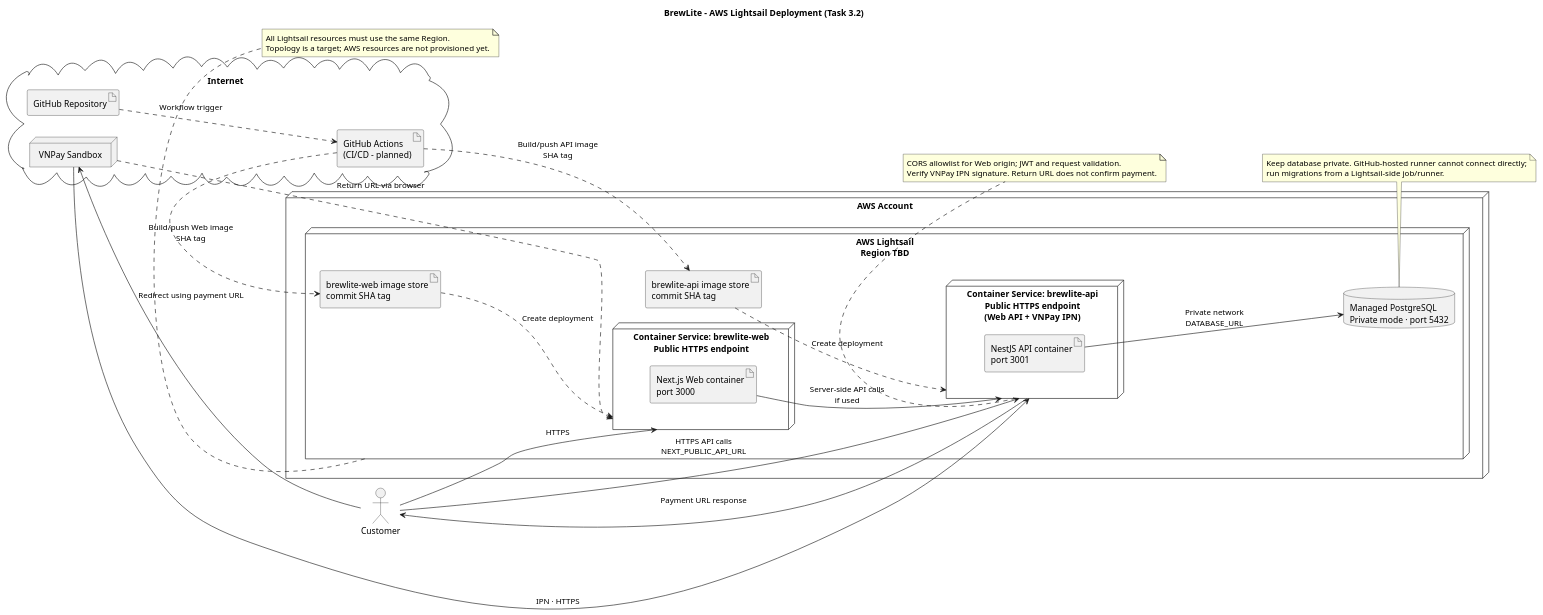
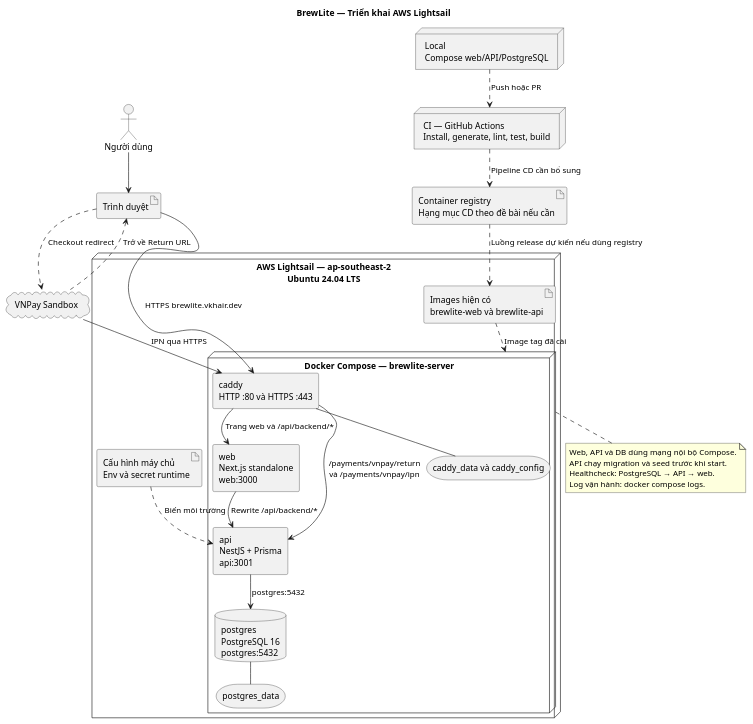
One commit to VKhair/brewlite changed the diagram in docs/diagrams/deploymentDiagram.puml. Above: the diagram before and after it, drawn with PlantUML. The commit also changed 34 other files, not shown here.

```diff
--- a/docs/diagrams/deploymentDiagram.puml
+++ b/docs/diagrams/deploymentDiagram.puml
@@ -1,62 +1,50 @@
-@startuml BrewLite_Lightsail_Deployment
-title BrewLite - AWS Lightsail Deployment (Task 3.2)
+@startuml
+title BrewLite — Triển khai AWS Lightsail
+!pragma layout smetana
+skinparam shadowing false
+skinparam componentStyle rectangle
 
-left to right direction
-skinparam componentStyle rectangle
-skinparam shadowing false
+actor "Người dùng" as Customer
+artifact "Trình duyệt" as Browser
+cloud "VNPay Sandbox" as Gateway
+node "Local\nCompose web/API/PostgreSQL" as Local
+node "CI — GitHub Actions\nInstall, generate, lint, test, build" as CI
+artifact "Container registry\nHạng mục CD theo đề bài nếu cần" as Registry
 
-actor "Customer" as customer
-cloud "Internet" as internet {
-  node "VNPay Sandbox" as vnp
-  artifact "GitHub Repository" as repo
-  artifact "GitHub Actions\n(CI/CD - planned)" as actions
-}
-
-node "AWS Account" as aws {
-  node "AWS Lightsail\nRegion TBD" as lightsail {
-    node "Container Service: brewlite-web\nPublic HTTPS endpoint" as webService {
-      artifact "Next.js Web container\nport 3000" as web
-    }
-
-    node "Container Service: brewlite-api\nPublic HTTPS endpoint\n(Web API + VNPay IPN)" as apiService {
-      artifact "NestJS API container\nport 3001" as api
-    }
-
-    database "Managed PostgreSQL\nPrivate mode · port 5432" as db
-
-    artifact "brewlite-web image store\ncommit SHA tag" as webImages
-    artifact "brewlite-api image store\ncommit SHA tag" as apiImages
+node "AWS Lightsail — ap-southeast-2\nUbuntu 24.04 LTS" as Host {
+  artifact "Images hiện có\nbrewlite-web và brewlite-api" as Images
+  artifact "Cấu hình máy chủ\nEnv và secret runtime" as Env
+  node "Docker Compose — brewlite-server" as Compose {
+    component "caddy\nHTTP :80 và HTTPS :443" as Caddy
+    component "web\nNext.js standalone\nweb:3000" as Web
+    component "api\nNestJS + Prisma\napi:3001" as API
+    database "postgres\nPostgreSQL 16\npostgres:5432" as DB
+    storage "postgres_data" as Data
+    storage "caddy_data và caddy_config" as CaddyData
   }
 }
 
-customer --> webService : HTTPS
-customer --> apiService : HTTPS API calls\nNEXT_PUBLIC_API_URL
-apiService --> customer : Payment URL response
-customer --> vnp : Redirect using payment URL
-vnp --> apiService : IPN · HTTPS
-vnp ..> webService : Return URL via browser
-web --> apiService : Server-side API calls\nif used
-api --> db : Private network\nDATABASE_URL
+Customer --> Browser
+Browser --> Caddy : HTTPS brewlite.vkhair.dev
+Browser ..> Gateway : Checkout redirect
+Gateway --> Caddy : IPN qua HTTPS
+Gateway ..> Browser : Trở về Return URL
+Caddy --> Web : Trang web và /api/backend/*
+Caddy --> API : /payments/vnpay/return\nvà /payments/vnpay/ipn
+Web --> API : Rewrite /api/backend/*
+API --> DB : postgres:5432
+DB -- Data
+Caddy -- CaddyData
+Env ..> API : Biến môi trường
+Images ..> Compose : Image tag đã cài
+Local ..> CI : Push hoặc PR
+CI ..> Registry : Pipeline CD cần bổ sung
+Registry ..> Images : Luồng release dự kiến nếu dùng registry
 
-repo ..> actions : Workflow trigger
-actions ..> webImages : Build/push Web image\nSHA tag
-actions ..> apiImages : Build/push API image\nSHA tag
-webImages ..> webService : Create deployment
-apiImages ..> apiService : Create deployment
-
-note bottom of lightsail
-All Lightsail resources must use the same Region.
-Topology is a target; AWS resources are not provisioned yet.
+note bottom of Compose
+  Web, API và DB dùng mạng nội bộ Compose.
+  API chạy migration và seed trước khi start.
+  Healthcheck: PostgreSQL → API → web.
+  Log vận hành: docker compose logs.
 end note
-
-note bottom of apiService
-CORS allowlist for Web origin; JWT and request validation.
-Verify VNPay IPN signature. Return URL does not confirm payment.
-end note
-
-note bottom of db
-Keep database private. GitHub-hosted runner cannot connect directly;
-run migrations from a Lightsail-side job/runner.
-end note
-
 @enduml
```
